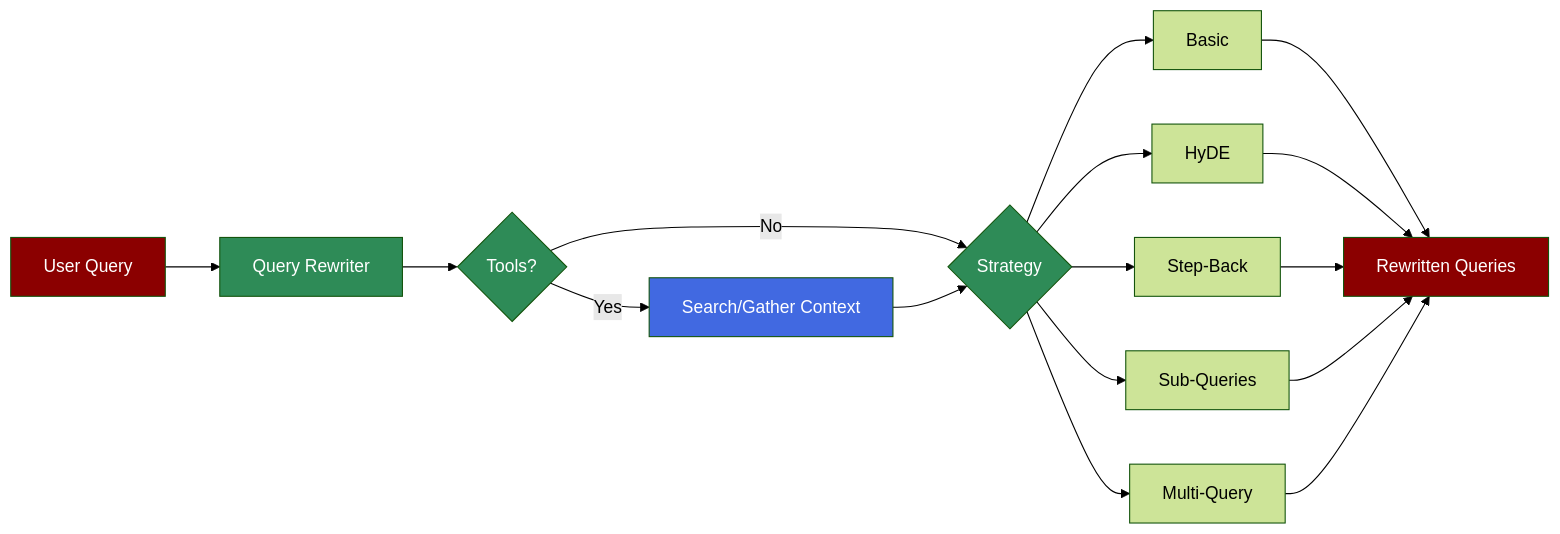
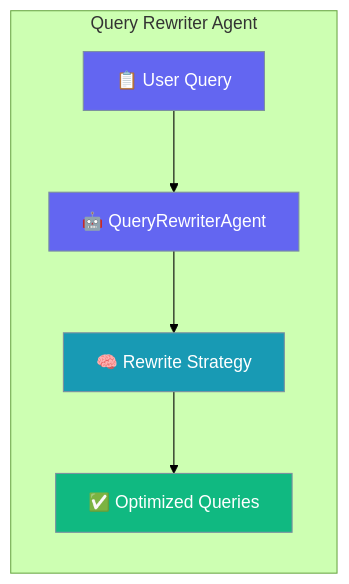
Before and after one commit to MervinPraison/PraisonAIDocs: the first of 2 diagrams in docs/agents/query-rewriter.mdx, drawn with Mermaid (forest theme). The commit also changed other lines of this file and 2 other files, not shown here.

Commit message:
docs: AGENTS.md compliance for vision, prompt-expander, query-rewriter agents (#1733)

````diff
--- a/docs/agents/query-rewriter.mdx
+++ b/docs/agents/query-rewriter.mdx
@@ -8,25 +19,16 @@
 ```mermaid
-flowchart LR
-    In[User Query] --> Agent[Query Rewriter]
-    Agent --> Tools{Tools?}
-    Tools -->|Yes| Search[Search/Gather Context]
-    Tools -->|No| Strategy
-    Search --> Strategy{Strategy}
-    Strategy --> Basic[Basic]
-    Strategy --> HyDE[HyDE]
-    Strategy --> StepBack[Step-Back]
-    Strategy --> SubQ[Sub-Queries]
-    Strategy --> Multi[Multi-Query]
-    Basic --> Out[Rewritten Queries]
-    HyDE --> Out
-    StepBack --> Out
-    SubQ --> Out
-    Multi --> Out
-    
-    style In fill:#8B0000,color:#fff
-    style Agent fill:#2E8B57,color:#fff
-    style Tools fill:#2E8B57,color:#fff
-    style Search fill:#4169E1,color:#fff
-    style Strategy fill:#2E8B57,color:#fff
-    style Out fill:#8B0000,color:#fff
+graph LR
+    subgraph "Query Rewriter Agent"
+        User[📋 User Query] --> Agent[🤖 QueryRewriterAgent]
+        Agent --> Strategy[🧠 Rewrite Strategy]
+        Strategy --> Result[✅ Optimized Queries]
+    end
+
+    classDef input fill:#6366F1,stroke:#7C90A0,color:#fff
+    classDef process fill:#189AB4,stroke:#7C90A0,color:#fff
+    classDef output fill:#10B981,stroke:#7C90A0,color:#fff
+
+    class User,Agent input
+    class Strategy process
+    class Result output
 ```
````
